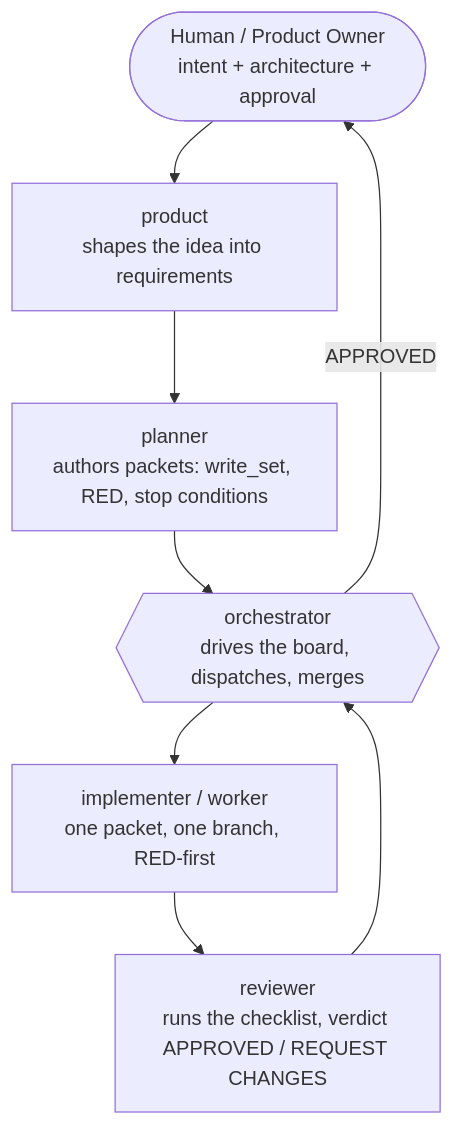
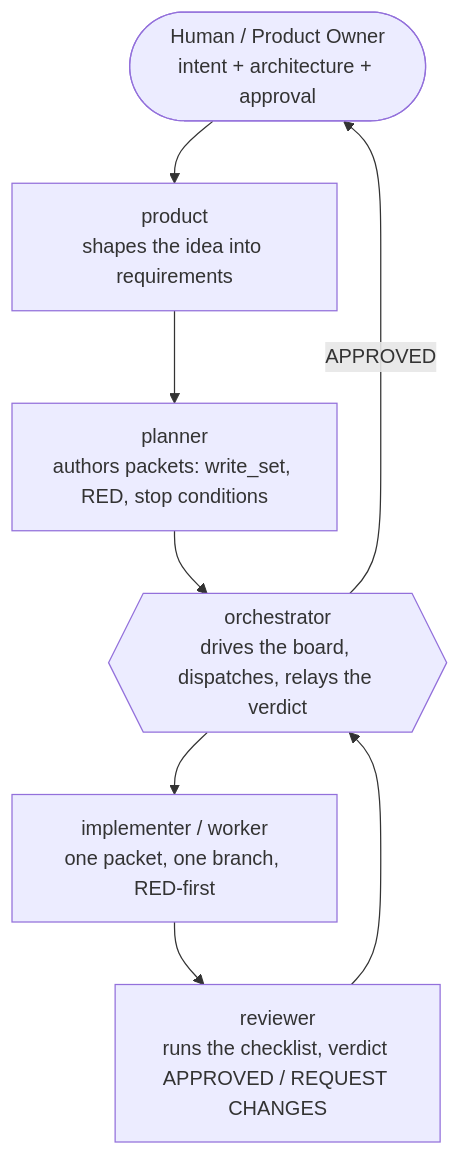
Before and after one commit to santiv343/sv-playbook: the sixth of 13 diagrams in docs/how-it-works.md, drawn with Mermaid.

Commit message:
fixup! how-it-works mermaid diagram: orchestrator no longer says merges

````diff
--- a/docs/how-it-works.md
+++ b/docs/how-it-works.md
@@ -194,11 +194,11 @@
 ```mermaid
 flowchart TB
     PO([Human / Product Owner<br/>intent + architecture + approval])
     PO --> product[product<br/>shapes the idea into requirements]
     product --> planner[planner<br/>authors packets: write_set, RED, stop conditions]
-    planner --> orch{{orchestrator<br/>drives the board, dispatches, merges}}
+    planner --> orch{{orchestrator<br/>drives the board, dispatches, relays the verdict}}
     orch --> impl[implementer / worker<br/>one packet, one branch, RED-first]
     impl --> rev[reviewer<br/>runs the checklist, verdict APPROVED / REQUEST CHANGES]
     rev --> orch
     orch -->|APPROVED| PO
 ```
````
